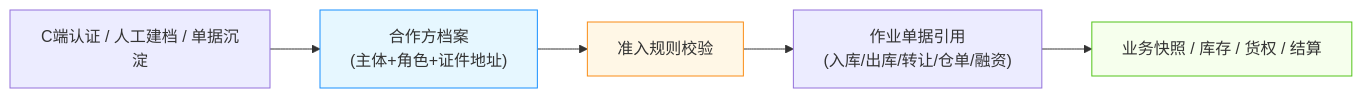
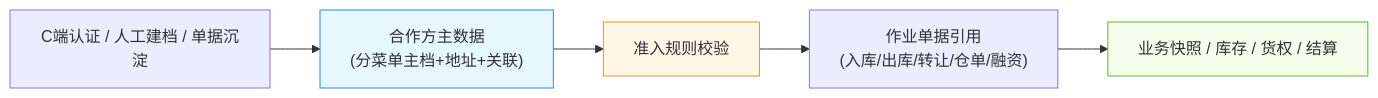
The first of 8 diagrams in 02-PRD文档/B-迭代需求/6.3版本（2026.09）/04-合作方档案/合作方档案-业务流程推演.md (RobertHuang999/SYZC), drawn with Mermaid before and after one commit. The commit also changed other lines of this file and 163 other files, not shown here.

````diff
--- a/02-PRD文档/B-迭代需求/6.3版本（2026.09）/04-合作方档案/合作方档案-业务流程推演.md
+++ b/02-PRD文档/B-迭代需求/6.3版本（2026.09）/04-合作方档案/合作方档案-业务流程推演.md
@@ -33,11 +33,11 @@
 ```mermaid
 graph LR
-    A["C端认证 / 人工建档 / 单据沉淀"] --> B["合作方档案<br/>(主体+角色+证件地址)"]
+    A["C端认证 / 人工建档 / 单据沉淀"] --> B["合作方主数据<br/>(分菜单主档+地址+关联)"]
     B --> C["准入规则校验"]
     C --> D["作业单据引用<br/>(入库/出库/转让/仓单/融资)"]
     D --> E["业务快照 / 库存 / 货权 / 结算"]
 
     style B fill:#e6f7ff,stroke:#1890ff
     style C fill:#fff7e6,stroke:#fa8c16
     style E fill:#f6ffed,stroke:#52c41a
 ```
````
